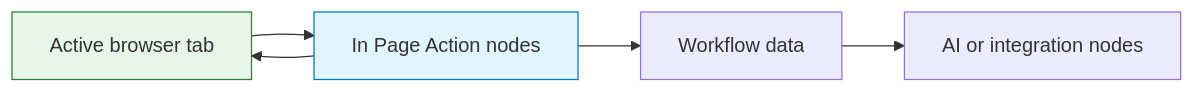
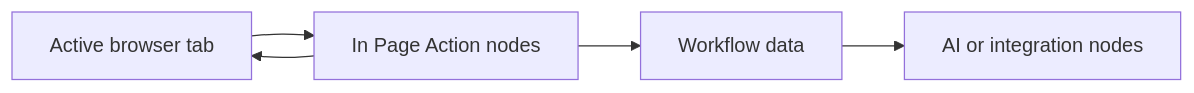
The first of 2 diagrams in src/content/docs/concepts/flow/browser-context.mdx (agentic-com/Agentic-Flow-Doc), drawn with Mermaid before and after one commit. The commit also changed other lines of this file and 36 other files, not shown here.

````diff
--- a/src/content/docs/concepts/flow/browser-context.mdx
+++ b/src/content/docs/concepts/flow/browser-context.mdx
@@ -21,10 +21,10 @@
 ```mermaid
 flowchart LR
   Page["Active browser tab"] --> Nodes["In Page Action nodes"]
   Nodes --> Data["Workflow data"]
   Data --> AI["AI or integration nodes"]
   Nodes --> Page
 
-  style Page fill:#e8f5e9,stroke:#2e7d32
-  style Nodes fill:#e1f5fe,stroke:#0277bd
+  class Page awf-io
+  class Nodes awf-data
 ```
````
